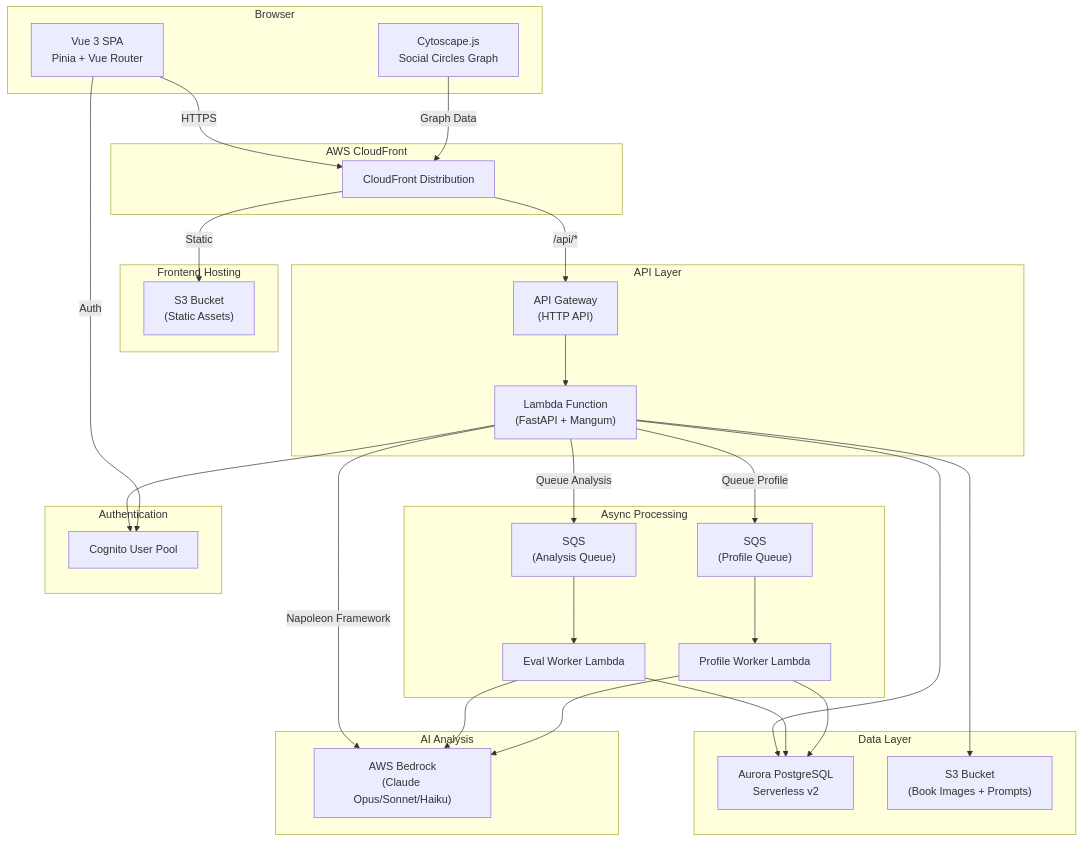
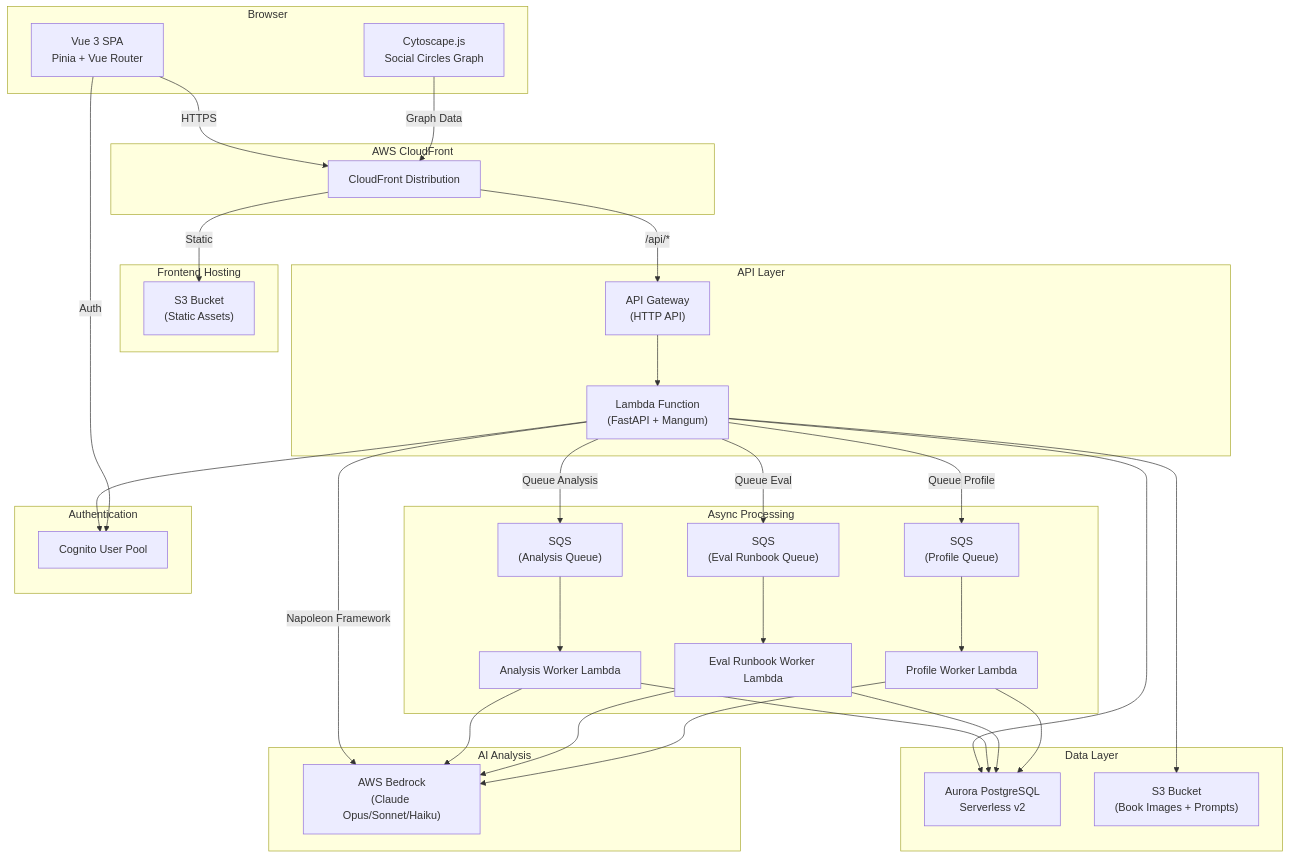
One commit to markthebest12/bluemoxon changed the fifth of 10 diagrams in docs/ARCHITECTURE.md. Above: the diagram before and after it, drawn with Mermaid. The commit also changed other lines of this file and 10 other files, not shown here.

````diff
--- a/docs/ARCHITECTURE.md
+++ b/docs/ARCHITECTURE.md
@@ -268,59 +304,65 @@
 ```mermaid
 flowchart TB
     subgraph Client["Browser"]
         Vue["Vue 3 SPA<br/>Pinia + Vue Router"]
         Cytoscape["Cytoscape.js<br/>Social Circles Graph"]
     end
 
     subgraph CDN["AWS CloudFront"]
         CF["CloudFront Distribution"]
     end
 
     subgraph Frontend["Frontend Hosting"]
         S3F["S3 Bucket<br/>(Static Assets)"]
     end
 
     subgraph API["API Layer"]
         APIGW["API Gateway<br/>(HTTP API)"]
         Lambda["Lambda Function<br/>(FastAPI + Mangum)"]
     end
 
     subgraph Async["Async Processing"]
         SQS_Analysis["SQS<br/>(Analysis Queue)"]
+        SQS_EvalRunbook["SQS<br/>(Eval Runbook Queue)"]
         SQS_Profile["SQS<br/>(Profile Queue)"]
-        Worker["Eval Worker Lambda"]
+        AnalysisWorker["Analysis Worker Lambda"]
+        EvalWorker["Eval Runbook Worker Lambda"]
         ProfileWorker["Profile Worker Lambda"]
     end
 
     subgraph Auth["Authentication"]
         Cognito["Cognito User Pool"]
     end
 
     subgraph Data["Data Layer"]
         Aurora["Aurora PostgreSQL<br/>Serverless v2"]
         S3I["S3 Bucket<br/>(Book Images + Prompts)"]
     end
 
     subgraph AI["AI Analysis"]
         Bedrock["AWS Bedrock<br/>(Claude Opus/Sonnet/Haiku)"]
     end
 
     Vue -->|HTTPS| CF
     Cytoscape -->|Graph Data| CF
     CF -->|Static| S3F
     CF -->|/api/*| APIGW
     APIGW --> Lambda
     Lambda --> Aurora
     Lambda --> S3I
     Lambda --> Cognito
     Lambda -->|Napoleon Framework| Bedrock
     Lambda -->|Queue Analysis| SQS_Analysis
+    Lambda -->|Queue Eval| SQS_EvalRunbook
     Lambda -->|Queue Profile| SQS_Profile
-    SQS_Analysis --> Worker
+    SQS_Analysis --> AnalysisWorker
+    SQS_EvalRunbook --> EvalWorker
     SQS_Profile --> ProfileWorker
-    Worker --> Bedrock
+    AnalysisWorker --> Bedrock
+    EvalWorker --> Bedrock
     ProfileWorker --> Bedrock
-    Worker --> Aurora
+    AnalysisWorker --> Aurora
+    EvalWorker --> Aurora
     ProfileWorker --> Aurora
     Vue -->|Auth| Cognito
 ```
````
